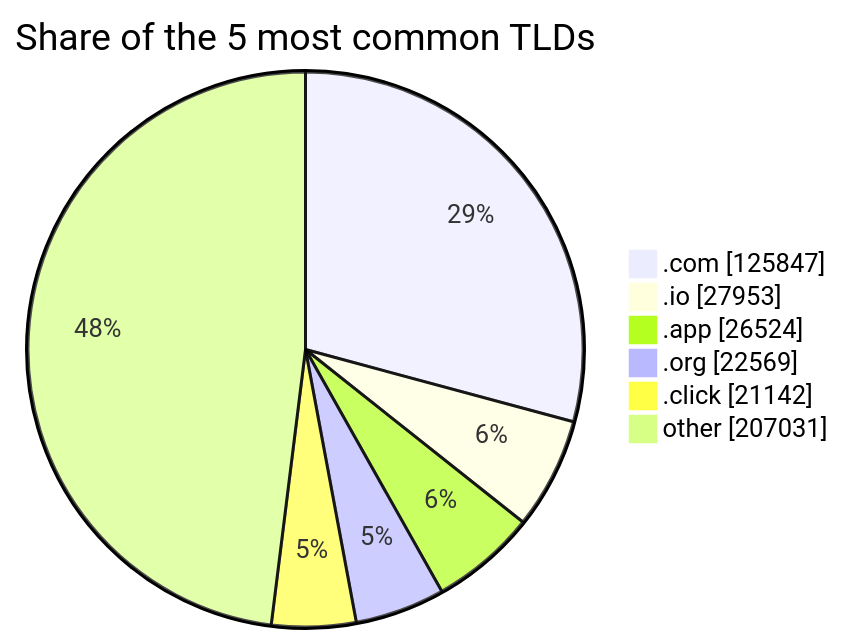
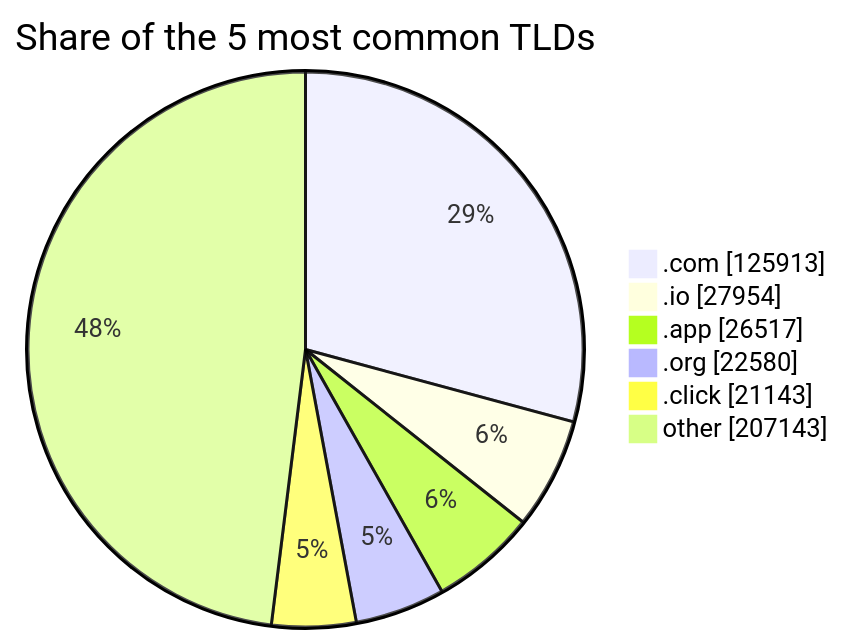
Before and after one commit to DNSBunker/CTI: the third of 3 diagrams in README.md, drawn with Mermaid. The commit also changed other lines of this file and 3 other files, not shown here.

````diff
--- a/README.md
+++ b/README.md
@@ -81,9 +81,9 @@
 ```mermaid
 pie showData title Share of the 5 most common TLDs
-    ".com" : 125847
-    ".io" : 27953
-    ".app" : 26524
-    ".org" : 22569
-    ".click" : 21142
-    "other" : 207031
+    ".com" : 125913
+    ".io" : 27954
+    ".app" : 26517
+    ".org" : 22580
+    ".click" : 21143
+    "other" : 207143
 ```
````
